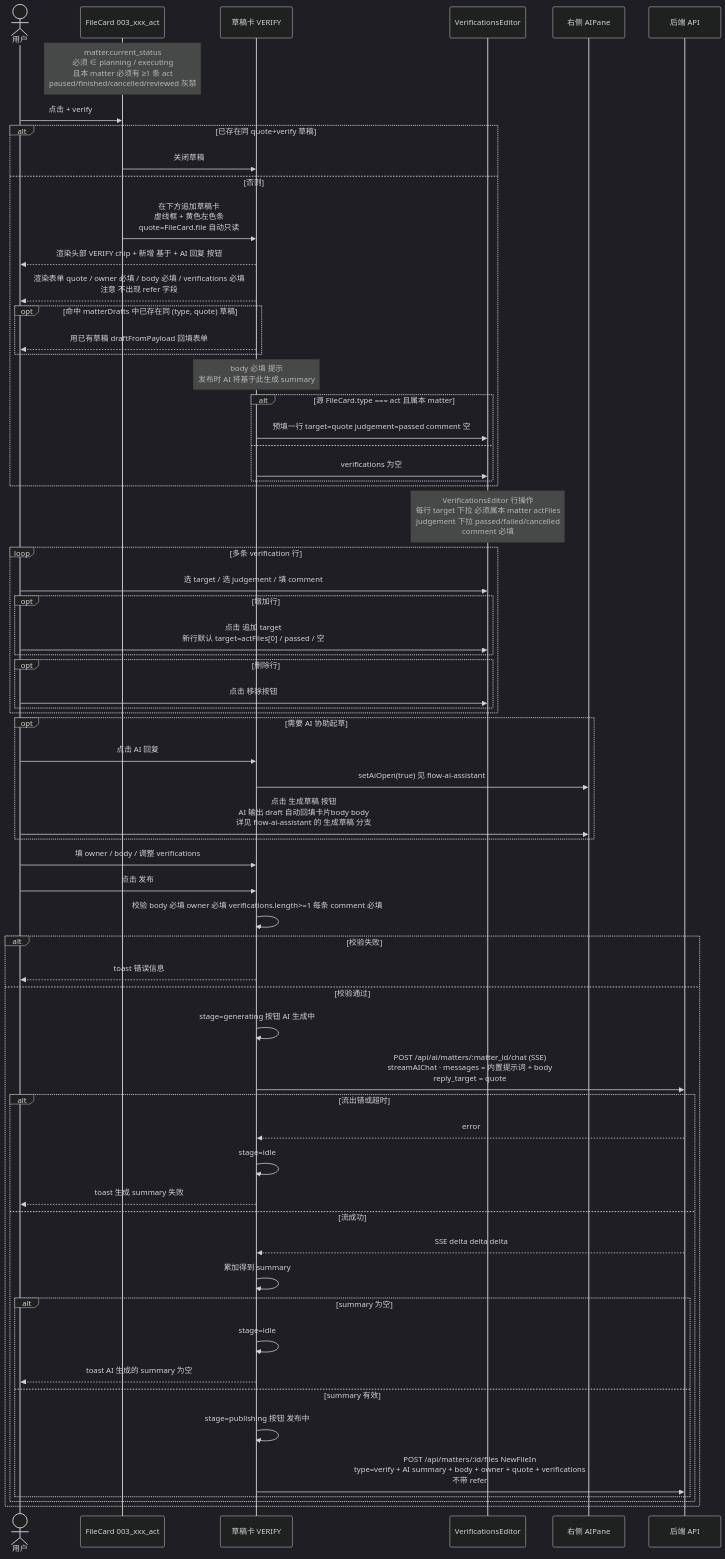
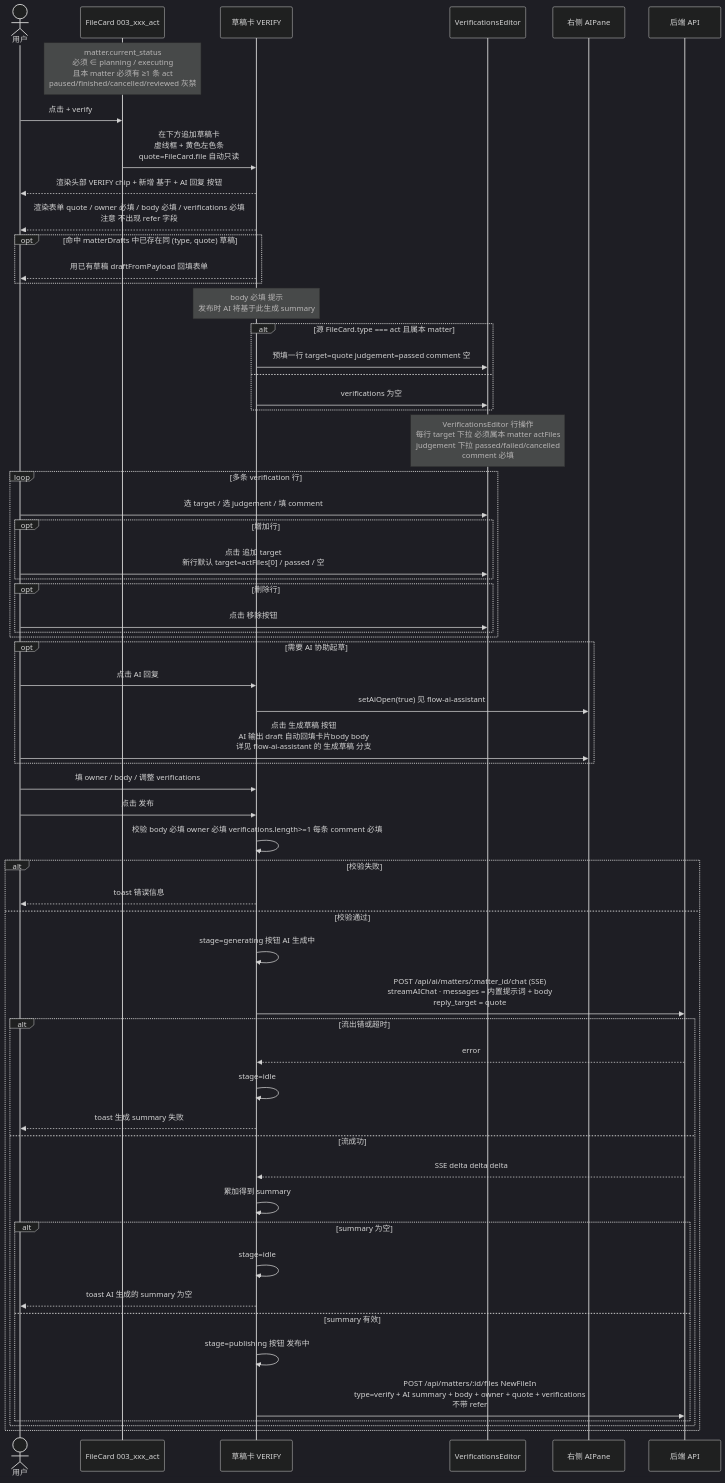
The diagram in AI-docs/workflow-interaction/flow-verify-card.md (Tjk666Tjk6660/team-pivot-web), drawn with Mermaid (dark theme) before and after one commit. The commit also changed 2 other files, not shown here.

Commit message:
docs(matter): add workflow-interaction sequence diagram

````diff
--- a/AI-docs/workflow-interaction/flow-verify-card.md
+++ b/AI-docs/workflow-interaction/flow-verify-card.md
@@ -10,76 +10,72 @@
 ```mermaid
 sequenceDiagram
   actor U as 用户
   participant FC as FileCard 003_xxx_act
   participant DC as 草稿卡 VERIFY
   participant VE as VerificationsEditor
   participant AP as 右侧 AIPane
   participant API as 后端 API
 
   Note over FC: matter.current_status<br/>必须 ∈ planning / executing<br/>且本 matter 必须有 ≥1 条 act<br/>paused/finished/cancelled/reviewed 灰禁
 
   U->>FC: 点击 + verify
-  alt 已存在同 quote+verify 草稿
-    FC->>DC: 关闭草稿
-  else 否则
-    FC->>DC: 在下方追加草稿卡<br/>虚线框 + 黄色左色条<br/>quote=FileCard.file 自动只读
-    DC-->>U: 渲染头部 VERIFY chip + 新增 基于 + AI 回复 按钮
-    DC-->>U: 渲染表单 quote / owner 必填 / body 必填 / verifications 必填<br/>注意 不出现 refer 字段
-    opt 命中 matterDrafts 中已存在同 (type, quote) 草稿
-      DC-->>U: 用已有草稿 draftFromPayload 回填表单
-    end
-    Note over DC: body 必填 提示<br/>发布时 AI 将基于此生成 summary
+  FC->>DC: 在下方追加草稿卡<br/>虚线框 + 黄色左色条<br/>quote=FileCard.file 自动只读
+  DC-->>U: 渲染头部 VERIFY chip + 新增 基于 + AI 回复 按钮
+  DC-->>U: 渲染表单 quote / owner 必填 / body 必填 / verifications 必填<br/>注意 不出现 refer 字段
+  opt 命中 matterDrafts 中已存在同 (type, quote) 草稿
+    DC-->>U: 用已有草稿 draftFromPayload 回填表单
+  end
+  Note over DC: body 必填 提示<br/>发布时 AI 将基于此生成 summary
 
-    alt 源 FileCard.type === act 且属本 matter
-      DC->>VE: 预填一行 target=quote judgement=passed comment 空
-    else
-      DC->>VE: verifications 为空
-    end
+  alt 源 FileCard.type === act 且属本 matter
+    DC->>VE: 预填一行 target=quote judgement=passed comment 空
+  else
+    DC->>VE: verifications 为空
   end
 
   Note over VE: VerificationsEditor 行操作<br/>每行 target 下拉 必须属本 matter actFiles<br/>judgement 下拉 passed/failed/cancelled<br/>comment 必填
 
   loop 多条 verification 行
     U->>VE: 选 target / 选 judgement / 填 comment
     opt 增加行
       U->>VE: 点击 追加 target<br/>新行默认 target=actFiles[0] / passed / 空
     end
     opt 删除行
       U->>VE: 点击 移除按钮
     end
   end
 
   opt 需要 AI 协助起草
     U->>DC: 点击 AI 回复
     DC->>AP: setAiOpen(true) 见 flow-ai-assistant
     U->>AP: 点击 生成草稿 按钮<br/>AI 输出 draft 自动回填卡片body body<br/>详见 flow-ai-assistant 的 生成草稿 分支
   end
 
   U->>DC: 填 owner / body / 调整 verifications
   U->>DC: 点击 发布
 
   DC->>DC: 校验 body 必填 owner 必填 verifications.length>=1 每条 comment 必填
   alt 校验失败
     DC-->>U: toast 错误信息
   else 校验通过
     DC->>DC: stage=generating 按钮 AI 生成中
 
     DC->>API: POST /api/ai/matters/:matter_id/chat (SSE)<br/>streamAIChat · messages = 内置提示词 + body<br/>reply_target = quote
     alt 流出错或超时
       API-->>DC: error
       DC->>DC: stage=idle
       DC-->>U: toast 生成 summary 失败
     else 流成功
       API-->>DC: SSE delta delta delta
       DC->>DC: 累加得到 summary
 
       alt summary 为空
         DC->>DC: stage=idle
         DC-->>U: toast AI 生成的 summary 为空
       else summary 有效
         DC->>DC: stage=publishing 按钮 发布中
         DC->>API: POST /api/matters/:id/files NewFileIn<br/>type=verify + AI summary + body + owner + quote + verifications<br/>不带 refer
       end
     end
   end
 ```
````
